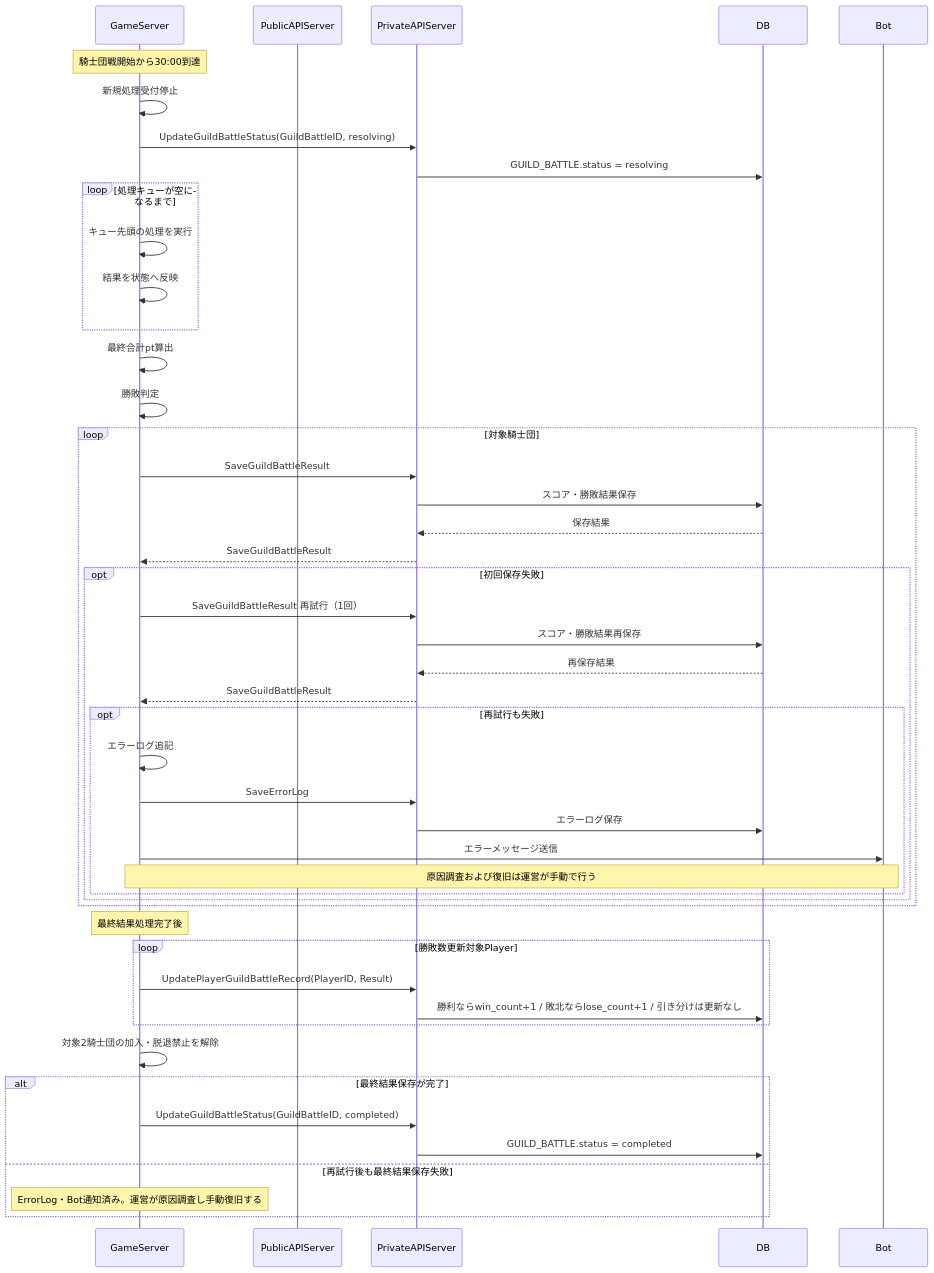
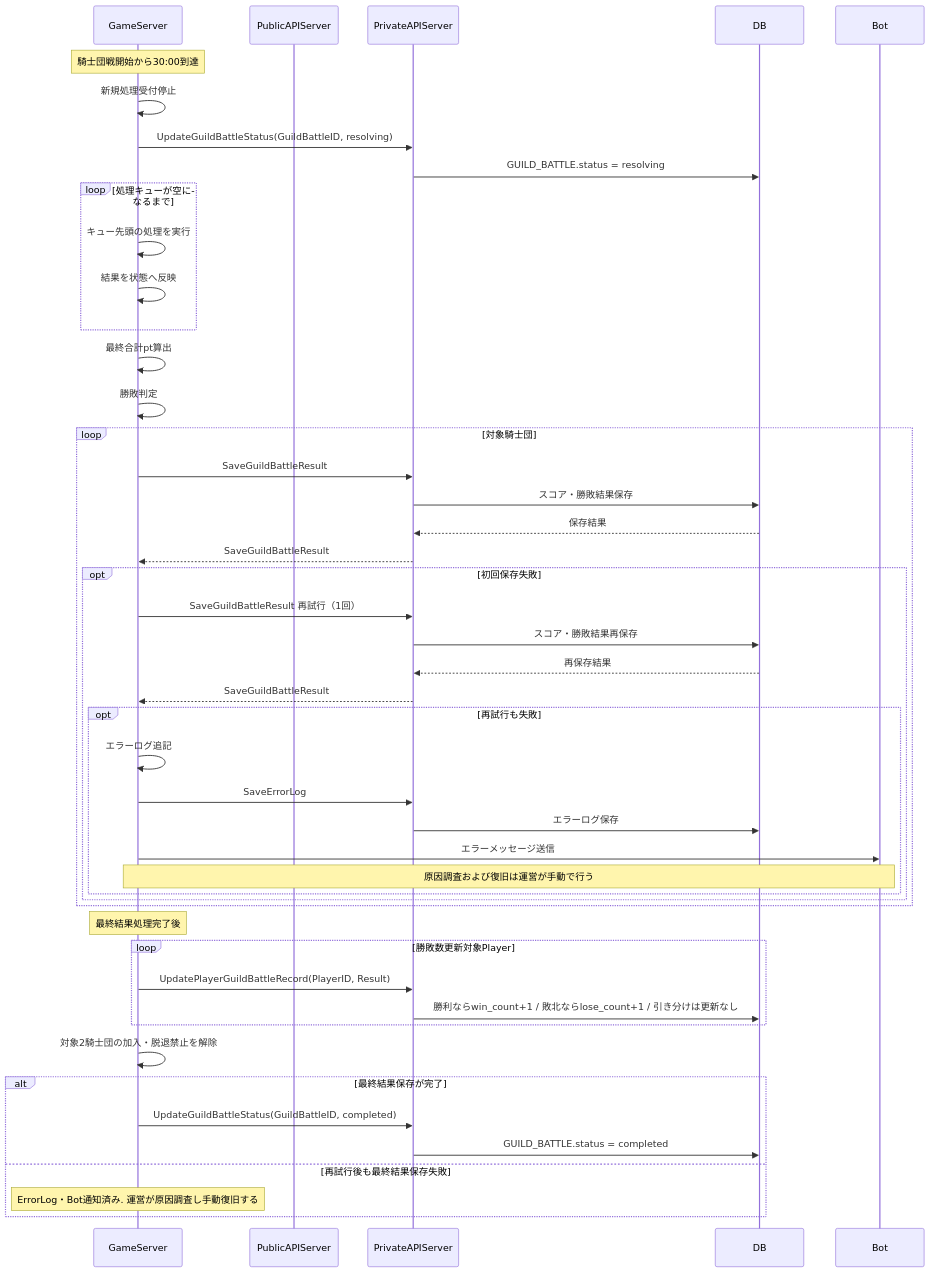
Before and after one commit to ReHydrangeaOdyssey/Specifications: diagram 16 of 16 in design/guild_battle.md, drawn with Mermaid. The commit also changed other lines of this file and 28 other files, not shown here.

````diff
--- a/design/guild_battle.md
+++ b/design/guild_battle.md
@@ -598,58 +598,58 @@
 ```mermaid
 sequenceDiagram
     participant GameServer
     participant PublicAPIServer
     participant PrivateAPIServer
     participant DB
     participant Bot
 
     Note over GameServer: 騎士団戦開始から30:00到達
 
     GameServer->>GameServer: 新規処理受付停止
     GameServer->>PrivateAPIServer: UpdateGuildBattleStatus(GuildBattleID, resolving)
     PrivateAPIServer->>DB: GUILD_BATTLE.status = resolving
 
     loop 処理キューが空になるまで
         GameServer->>GameServer: キュー先頭の処理を実行
         GameServer->>GameServer: 結果を状態へ反映
     end
 
     GameServer->>GameServer: 最終合計pt算出
     GameServer->>GameServer: 勝敗判定
 
     loop 対象騎士団
         GameServer->>PrivateAPIServer: SaveGuildBattleResult
         PrivateAPIServer->>DB: スコア・勝敗結果保存
         DB-->>PrivateAPIServer: 保存結果
         PrivateAPIServer-->>GameServer: SaveGuildBattleResult
 
         opt 初回保存失敗
             GameServer->>PrivateAPIServer: SaveGuildBattleResult 再試行（1回）
             PrivateAPIServer->>DB: スコア・勝敗結果再保存
             DB-->>PrivateAPIServer: 再保存結果
             PrivateAPIServer-->>GameServer: SaveGuildBattleResult
             opt 再試行も失敗
                 GameServer->>GameServer: エラーログ追記
                 GameServer->>PrivateAPIServer: SaveErrorLog
                 PrivateAPIServer->>DB: エラーログ保存
                 GameServer->>Bot: エラーメッセージ送信
                 Note over GameServer,Bot: 原因調査および復旧は運営が手動で行う
             end
         end
     end
 
     Note over GameServer: 最終結果処理完了後
     loop 勝敗数更新対象Player
         GameServer->>PrivateAPIServer: UpdatePlayerGuildBattleRecord(PlayerID, Result)
         PrivateAPIServer->>DB: 勝利ならwin_count+1 / 敗北ならlose_count+1 / 引き分けは更新なし
     end
 
     GameServer->>GameServer: 対象2騎士団の加入・脱退禁止を解除
 
     alt 最終結果保存が完了
         GameServer->>PrivateAPIServer: UpdateGuildBattleStatus(GuildBattleID, completed)
         PrivateAPIServer->>DB: GUILD_BATTLE.status = completed
     else 再試行後も最終結果保存失敗
-        Note over GameServer: ErrorLog・Bot通知済み。運営が原因調査し手動復旧する
+        Note over GameServer: ErrorLog・Bot通知済み. 運営が原因調査し手動復旧する
     end
 ```
````
